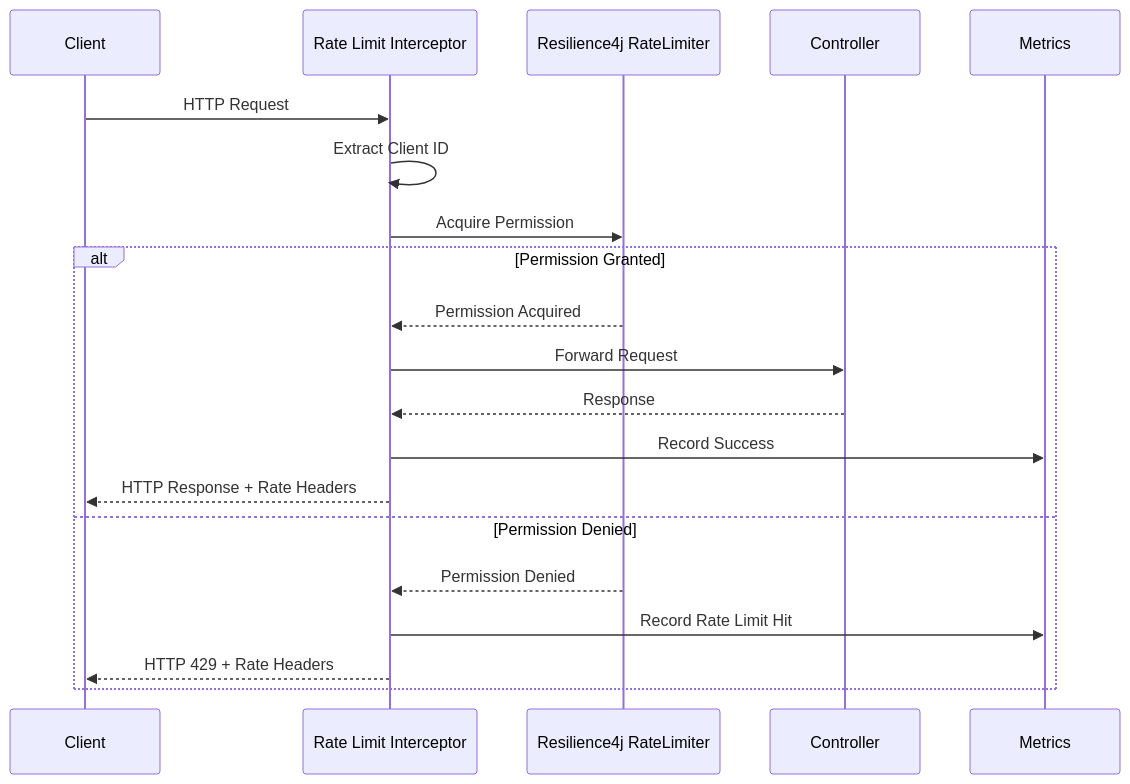
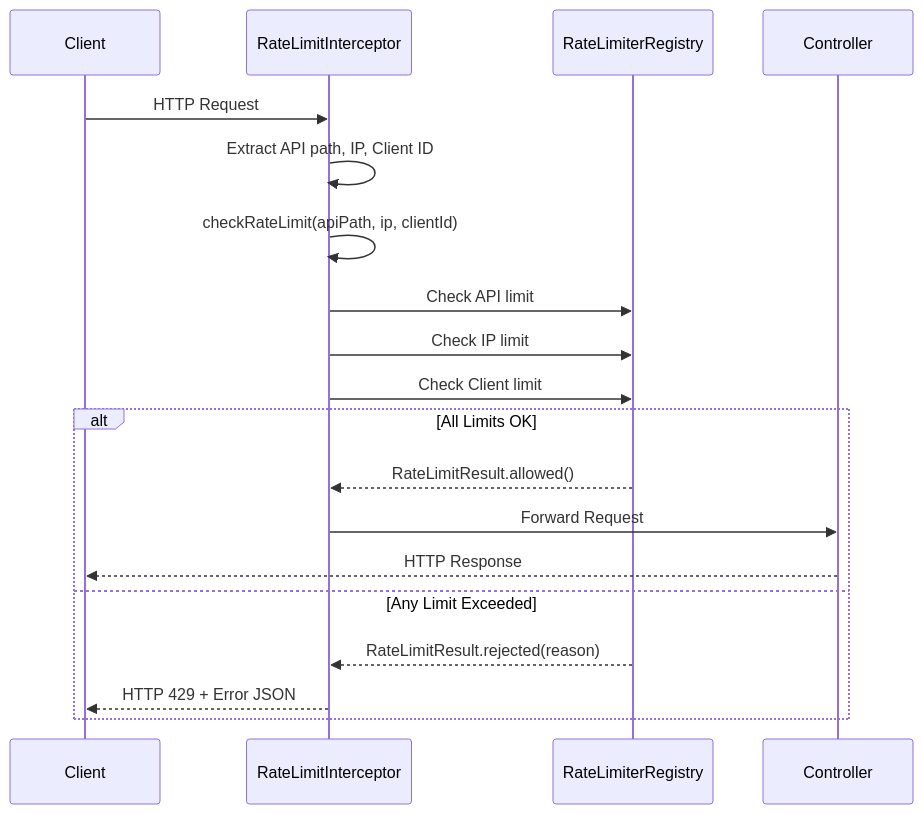
One commit to seanseannery/api-in-a-box changed the second of 5 diagrams in .kiro/specs/api-rate-limiting/design.md. Above: the diagram before and after it, drawn with Mermaid. The commit also changed other lines of this file and 16 other files, not shown here.

````diff
--- a/.kiro/specs/api-rate-limiting/design.md
+++ b/.kiro/specs/api-rate-limiting/design.md
@@ -33,24 +37,23 @@
 ```mermaid
 sequenceDiagram
     participant Client
-    participant Interceptor as Rate Limit Interceptor
-    participant R4J as Resilience4j RateLimiter
+    participant Interceptor as RateLimitInterceptor
+    participant Registry as RateLimiterRegistry
     participant Controller
-    participant Metrics
     
     Client->>Interceptor: HTTP Request
-    Interceptor->>Interceptor: Extract Client ID
-    Interceptor->>R4J: Acquire Permission
+    Interceptor->>Interceptor: Extract API path, IP, Client ID
+    Interceptor->>Interceptor: checkRateLimit(apiPath, ip, clientId)
+    Interceptor->>Registry: Check API limit
+    Interceptor->>Registry: Check IP limit  
+    Interceptor->>Registry: Check Client limit
     
-    alt Permission Granted
-        R4J-->>Interceptor: Permission Acquired
+    alt All Limits OK
+        Registry-->>Interceptor: RateLimitResult.allowed()
         Interceptor->>Controller: Forward Request
-        Controller-->>Interceptor: Response
-        Interceptor->>Metrics: Record Success
-        Interceptor-->>Client: HTTP Response + Rate Headers
-    else Permission Denied
-        R4J-->>Interceptor: Permission Denied
-        Interceptor->>Metrics: Record Rate Limit Hit
-        Interceptor-->>Client: HTTP 429 + Rate Headers
+        Controller-->>Client: HTTP Response
+    else Any Limit Exceeded
+        Registry-->>Interceptor: RateLimitResult.rejected(reason)
+        Interceptor-->>Client: HTTP 429 + Error JSON
     end
 ```
````
